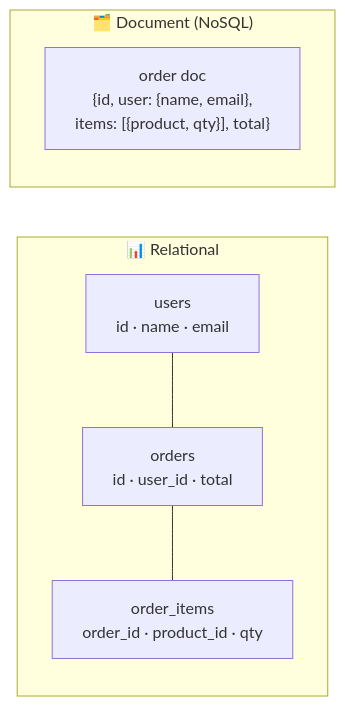
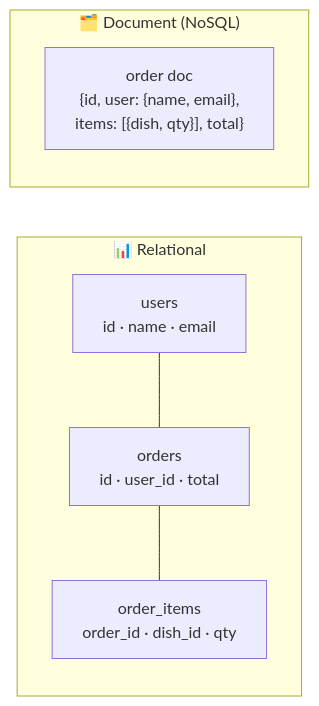
Before and after one commit to winnyboy5/System-Design-from-Atoms: the diagram in phases/05-databases/034-sql-vs-nosql.md, drawn with Mermaid. The commit also changed other lines of this file and 11 other files, not shown here.

````diff
--- a/phases/05-databases/034-sql-vs-nosql.md
+++ b/phases/05-databases/034-sql-vs-nosql.md
@@ -24,10 +34,10 @@
 ```mermaid
 flowchart LR
     subgraph SQL["📊 Relational"]
         U["users<br/>id · name · email"] --- O["orders<br/>id · user_id · total"]
-        O --- I["order_items<br/>order_id · product_id · qty"]
+        O --- I["order_items<br/>order_id · dish_id · qty"]
     end
     subgraph Doc["🗂️ Document (NoSQL)"]
-        D["order doc<br/>{id, user: {name, email},<br/>items: [{product, qty}], total}"]
+        D["order doc<br/>{id, user: {name, email},<br/>items: [{dish, qty}], total}"]
     end
 ```
````
